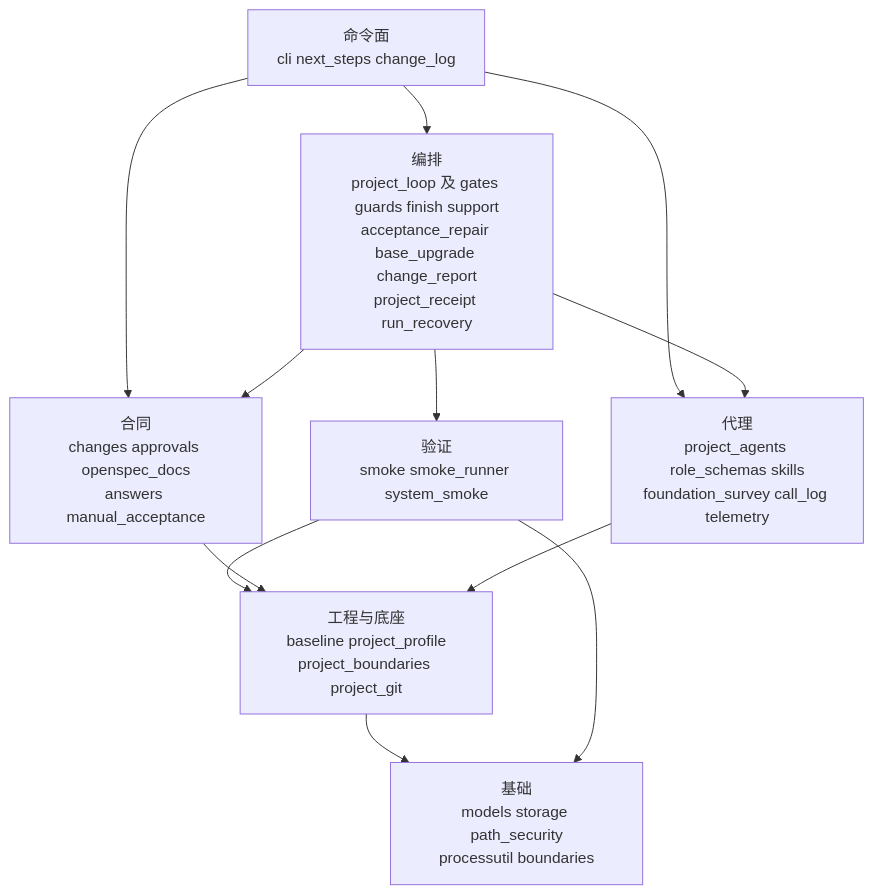
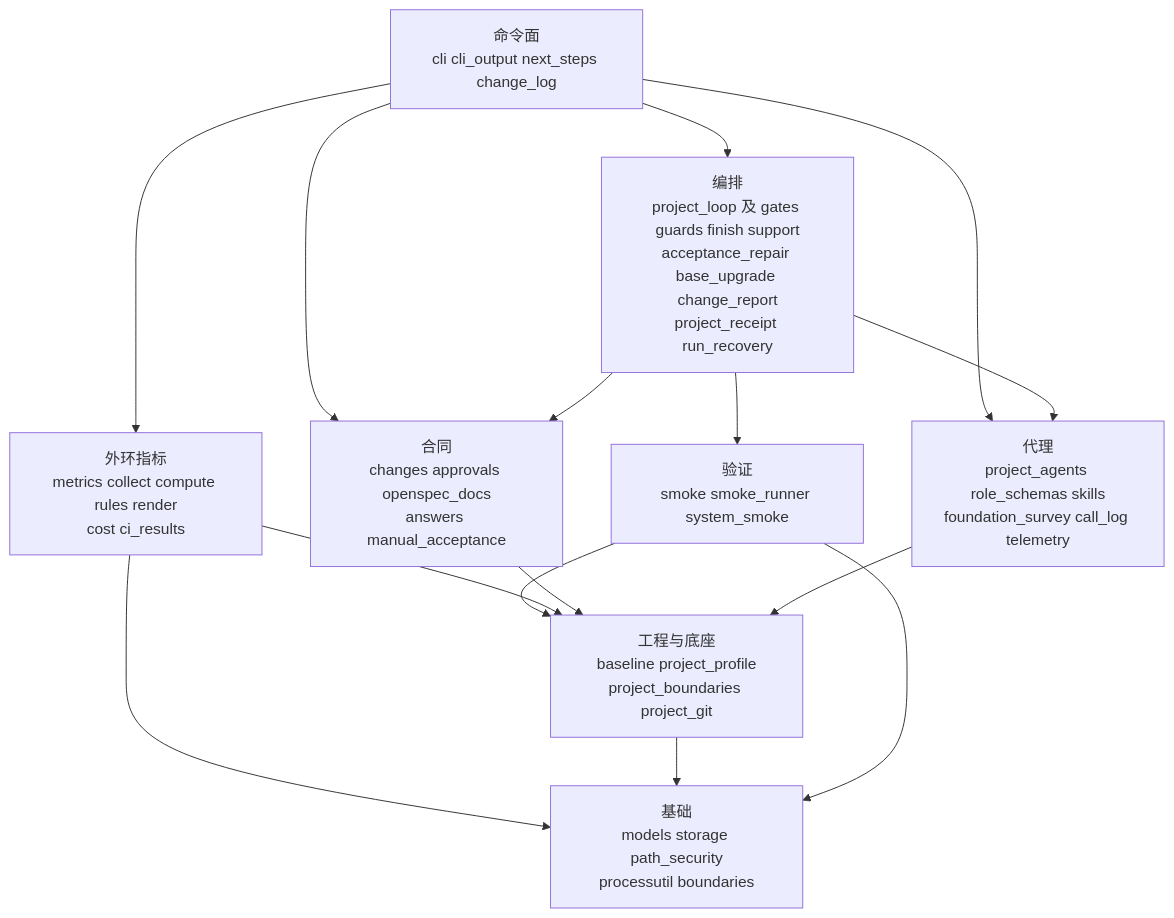
Before and after one commit to jinlin725168-ai/storyloop: the diagram in docs/modules.md, drawn with Mermaid. The commit also changed other lines of this file and 9 other files, not shown here.

Commit message:
feat(cli): metrics 命令输出指标表、建议与延后项信号

````diff
--- a/docs/modules.md
+++ b/docs/modules.md
@@ -66,14 +73,17 @@
 ```mermaid
 flowchart TD
-    CLI[命令面<br/>cli next_steps change_log] --> ORCH[编排<br/>project_loop 及 gates guards finish support<br/>acceptance_repair base_upgrade change_report<br/>project_receipt run_recovery]
+    CLI[命令面<br/>cli cli_output next_steps change_log] --> MET[外环指标<br/>metrics collect compute rules render<br/>cost ci_results]
+    CLI --> ORCH[编排<br/>project_loop 及 gates guards finish support<br/>acceptance_repair base_upgrade change_report<br/>project_receipt run_recovery]
     CLI --> AGT
     CLI --> CON
     ORCH --> AGT[代理<br/>project_agents role_schemas skills<br/>foundation_survey call_log telemetry]
     ORCH --> VER[验证<br/>smoke smoke_runner system_smoke]
     ORCH --> CON[合同<br/>changes approvals openspec_docs<br/>answers manual_acceptance]
     VER --> BASE[工程与底座<br/>baseline project_profile<br/>project_boundaries project_git]
+    MET --> BASE
+    MET --> FND
     CON --> BASE
     AGT --> BASE
     BASE --> FND[基础<br/>models storage path_security<br/>processutil boundaries]
     VER --> FND
 ```
````
